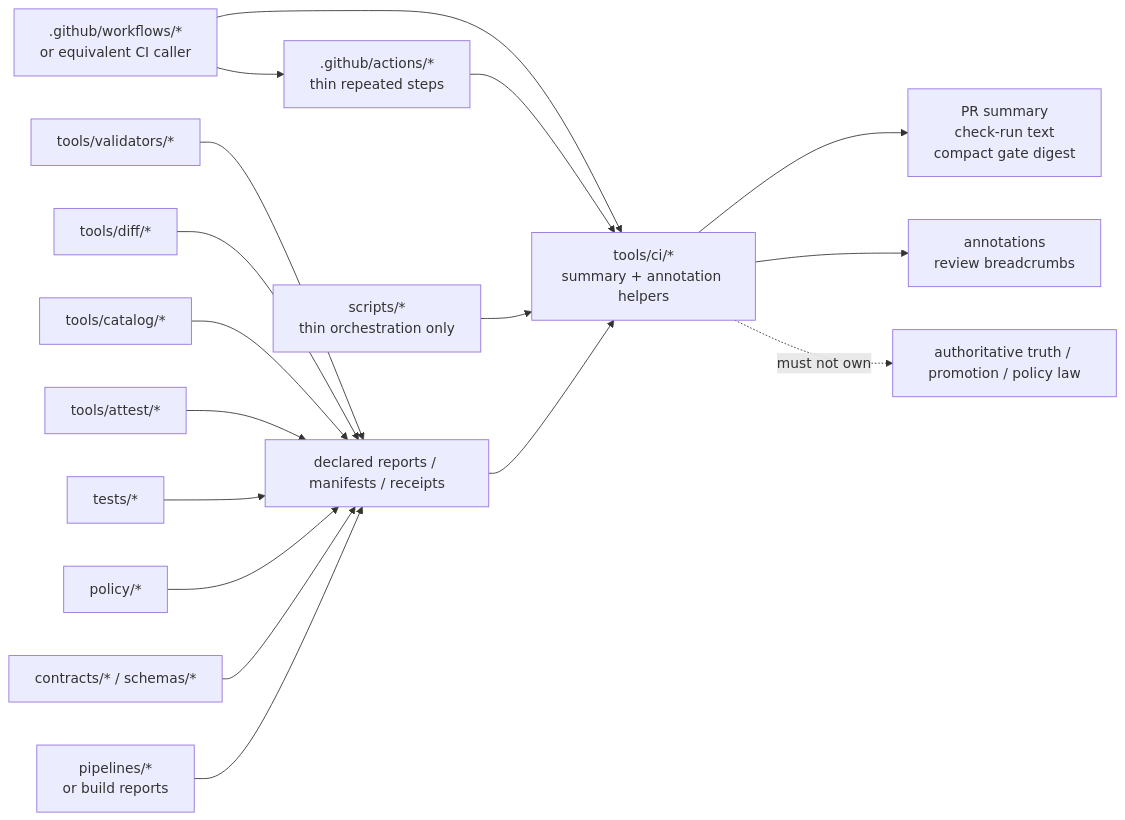
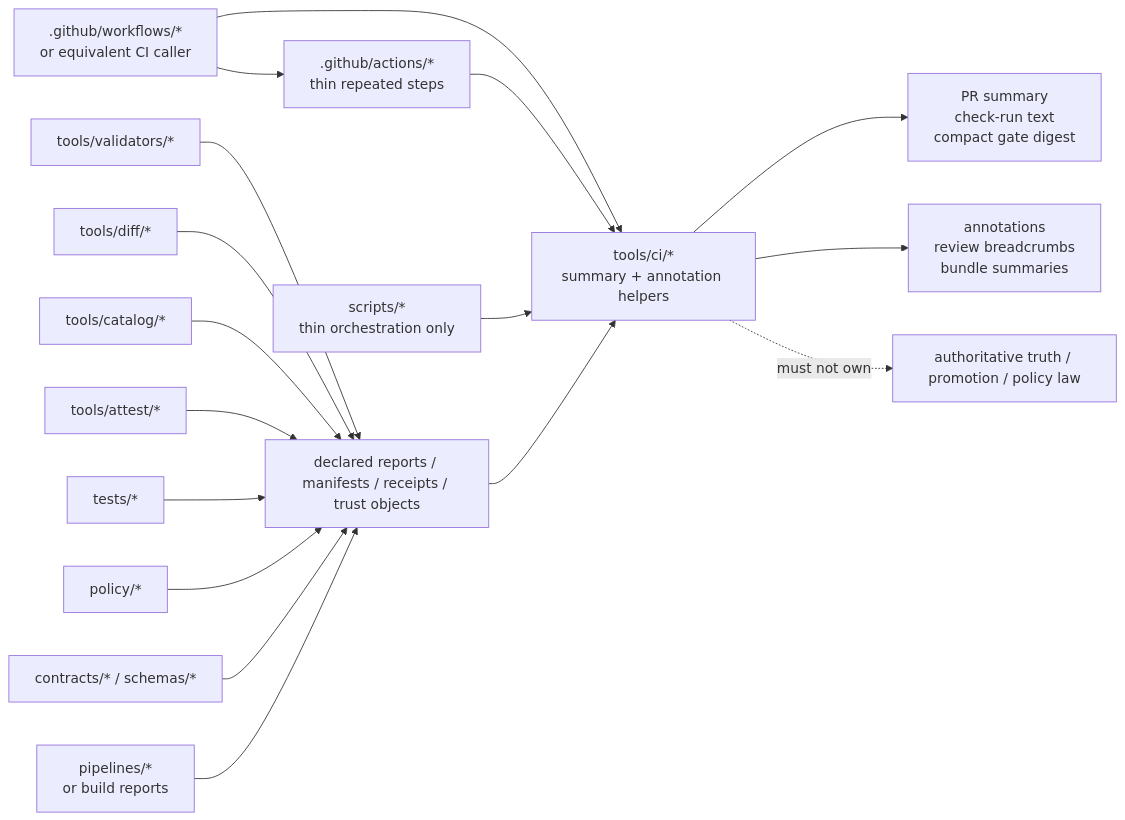
The diagram in tools/ci/README.md (bartytime4life/Kansas-Frontier-Matrix), drawn with Mermaid before and after one commit. The commit also changed other lines of this file, not shown here.

````diff
--- a/tools/ci/README.md
+++ b/tools/ci/README.md
@@ -245,41 +325,41 @@
 ```mermaid
 flowchart LR
     WF[".github/workflows/*<br/>or equivalent CI caller"]
     AC[".github/actions/*<br/>thin repeated steps"]
     SC["scripts/*<br/>thin orchestration only"]
 
     VA["tools/validators/*"]
     DF["tools/diff/*"]
     CA["tools/catalog/*"]
     AT["tools/attest/*"]
     TS["tests/*"]
     PO["policy/*"]
     CO["contracts/* / schemas/*"]
     PI["pipelines/*<br/>or build reports"]
 
-    IN1["declared reports / manifests / receipts"]
+    IN1["declared reports / manifests / receipts / trust objects"]
     CI["tools/ci/*<br/>summary + annotation helpers"]
     OUT1["PR summary<br/>check-run text<br/>compact gate digest"]
-    OUT2["annotations<br/>review breadcrumbs"]
+    OUT2["annotations<br/>review breadcrumbs<br/>bundle summaries"]
     NO["authoritative truth / promotion / policy law"]
 
     WF --> AC
     WF --> CI
     AC --> CI
     SC --> CI
 
     VA --> IN1
     DF --> IN1
     CA --> IN1
     AT --> IN1
     TS --> IN1
     PO --> IN1
     CO --> IN1
     PI --> IN1
 
     IN1 --> CI
     CI --> OUT1
     CI --> OUT2
 
     CI -. must not own .-> NO
 ```
````
